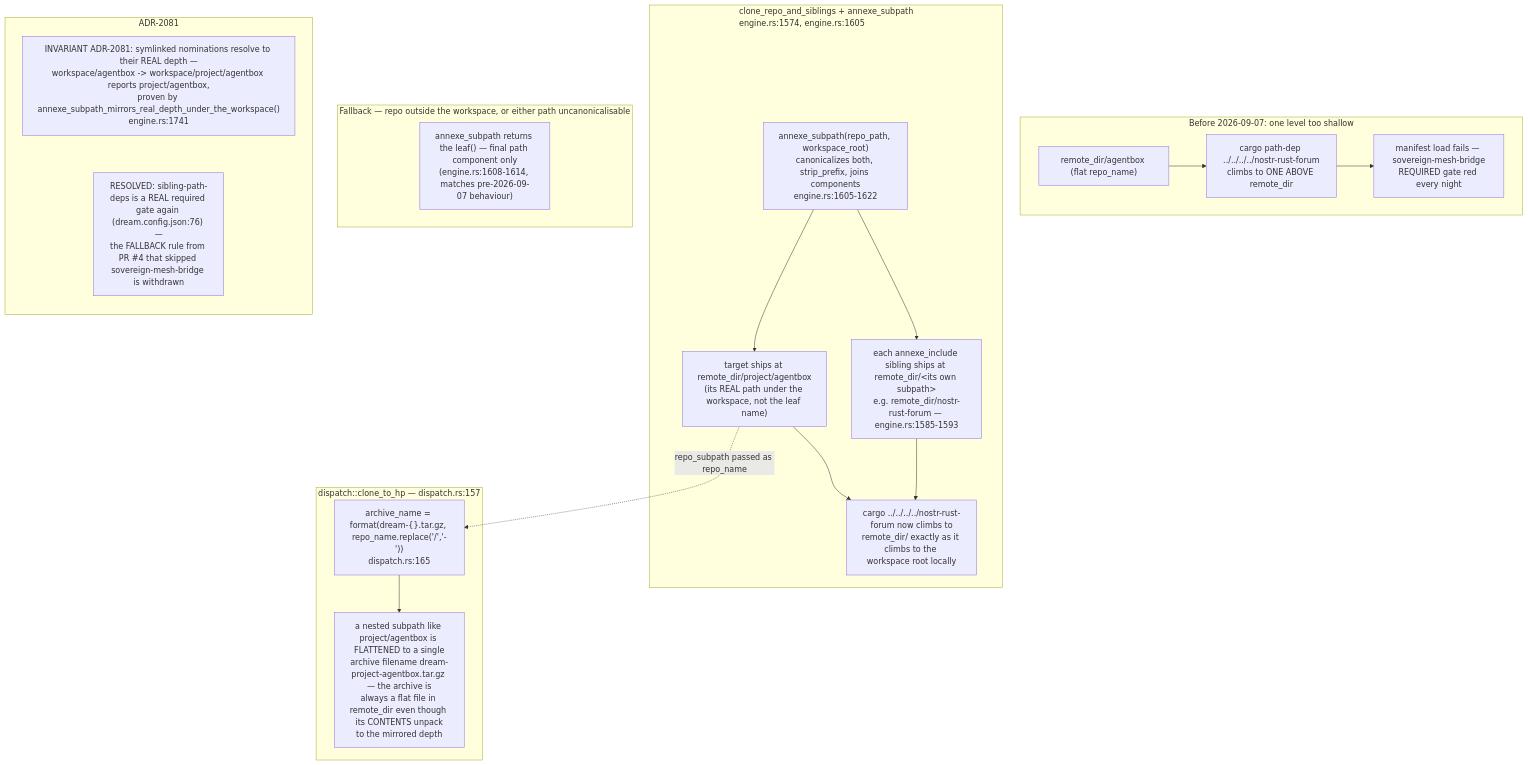
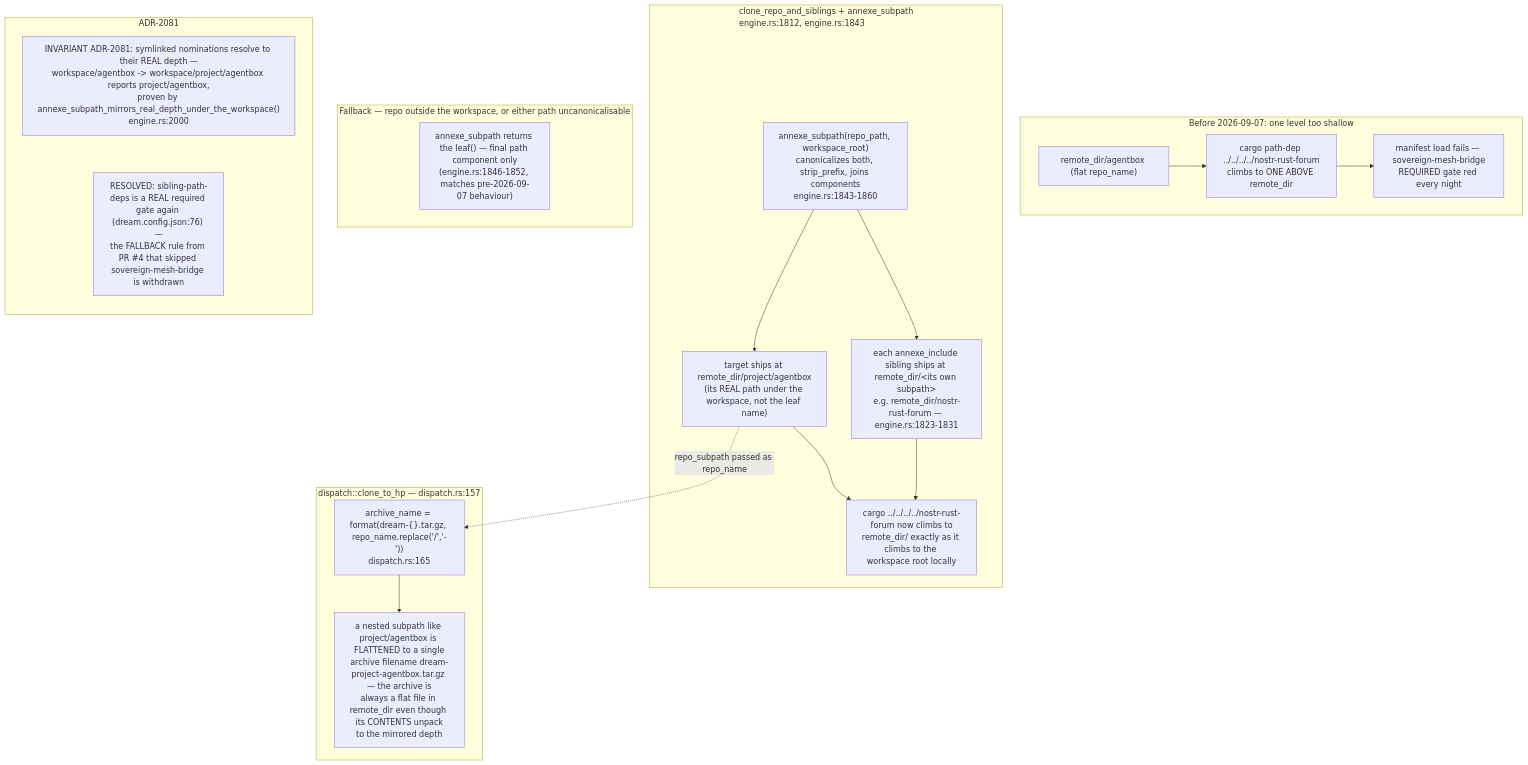
One commit to DreamLab-AI/VisionFlow changed diagram 11 of 18 in docs/diagrams/agentbox/23-dream-engine.md. Above: the diagram before and after it, drawn with Mermaid. The commit also changed other lines of this file and 94 other files, not shown here.

First line of the commit message:
docs(diagrams): re-verify 130 topics against 2 October HEADs

````diff
--- a/docs/diagrams/agentbox/23-dream-engine.md
+++ b/docs/diagrams/agentbox/23-dream-engine.md
@@ -646,34 +663,34 @@
 ```mermaid
 flowchart TB
     subgraph before["Before 2026-09-07: one level too shallow"]
         B1["remote_dir/agentbox #40;flat repo_name#41;"]
         B2["cargo path-dep ../../../../nostr-rust-forum<br/>climbs to ONE ABOVE remote_dir"]
         B3["manifest load fails — sovereign-mesh-bridge<br/>REQUIRED gate red every night"]
         B1 --> B2 --> B3
     end
-    subgraph after["clone_repo_and_siblings + annexe_subpath<br/>engine.rs:1574, engine.rs:1605"]
-        A1["annexe_subpath#40;repo_path, workspace_root#41;<br/>canonicalizes both, strip_prefix, joins components<br/>engine.rs:1605-1622"]
+    subgraph after["clone_repo_and_siblings + annexe_subpath<br/>engine.rs:1812, engine.rs:1843"]
+        A1["annexe_subpath#40;repo_path, workspace_root#41;<br/>canonicalizes both, strip_prefix, joins components<br/>engine.rs:1843-1860"]
         A2["target ships at remote_dir/project/agentbox<br/>#40;its REAL path under the workspace, not the leaf name#41;"]
-        A3["each annexe_include sibling ships at remote_dir/&lt;its own subpath&gt;<br/>e.g. remote_dir/nostr-rust-forum — engine.rs:1585-1593"]
+        A3["each annexe_include sibling ships at remote_dir/&lt;its own subpath&gt;<br/>e.g. remote_dir/nostr-rust-forum — engine.rs:1823-1831"]
         A4["cargo ../../../../nostr-rust-forum now climbs to<br/>remote_dir/ exactly as it climbs to the workspace root locally"]
         A1 --> A2
         A1 --> A3
         A2 --> A4
         A3 --> A4
     end
     subgraph dispatch["dispatch::clone_to_hp — dispatch.rs:157"]
         D1["archive_name = format#40;dream-{}.tar.gz, repo_name.replace#40;'/','-'#41;#41;<br/>dispatch.rs:165"]
         D2["a nested subpath like project/agentbox is FLATTENED to a single<br/>archive filename dream-project-agentbox.tar.gz — the archive is<br/>always a flat file in remote_dir even though its CONTENTS unpack<br/>to the mirrored depth"]
         D1 --> D2
     end
     A2 -.->|"repo_subpath passed as repo_name"| D1
     subgraph fallback["Fallback — repo outside the workspace, or either path uncanonicalisable"]
-        F1["annexe_subpath returns the leaf#40;#41; — final path component only<br/>#40;engine.rs:1608-1614, matches pre-2026-09-07 behaviour#41;"]
+        F1["annexe_subpath returns the leaf#40;#41; — final path component only<br/>#40;engine.rs:1846-1852, matches pre-2026-09-07 behaviour#41;"]
     end
     subgraph notes["ADR-2081"]
         direction TB
-        N1["INVARIANT ADR-2081: symlinked nominations resolve to their REAL depth —<br/>workspace/agentbox -> workspace/project/agentbox reports project/agentbox,<br/>proven by annexe_subpath_mirrors_real_depth_under_the_workspace#40;#41;<br/>engine.rs:1741"]
+        N1["INVARIANT ADR-2081: symlinked nominations resolve to their REAL depth —<br/>workspace/agentbox -> workspace/project/agentbox reports project/agentbox,<br/>proven by annexe_subpath_mirrors_real_depth_under_the_workspace#40;#41;<br/>engine.rs:2000"]
         N2["RESOLVED: sibling-path-deps is a REAL required gate again (dream.config.json:76) —<br/>the FALLBACK rule from PR #4 that skipped sovereign-mesh-bridge is withdrawn"]
         N1 ~~~ N2
     end
 ```
````
